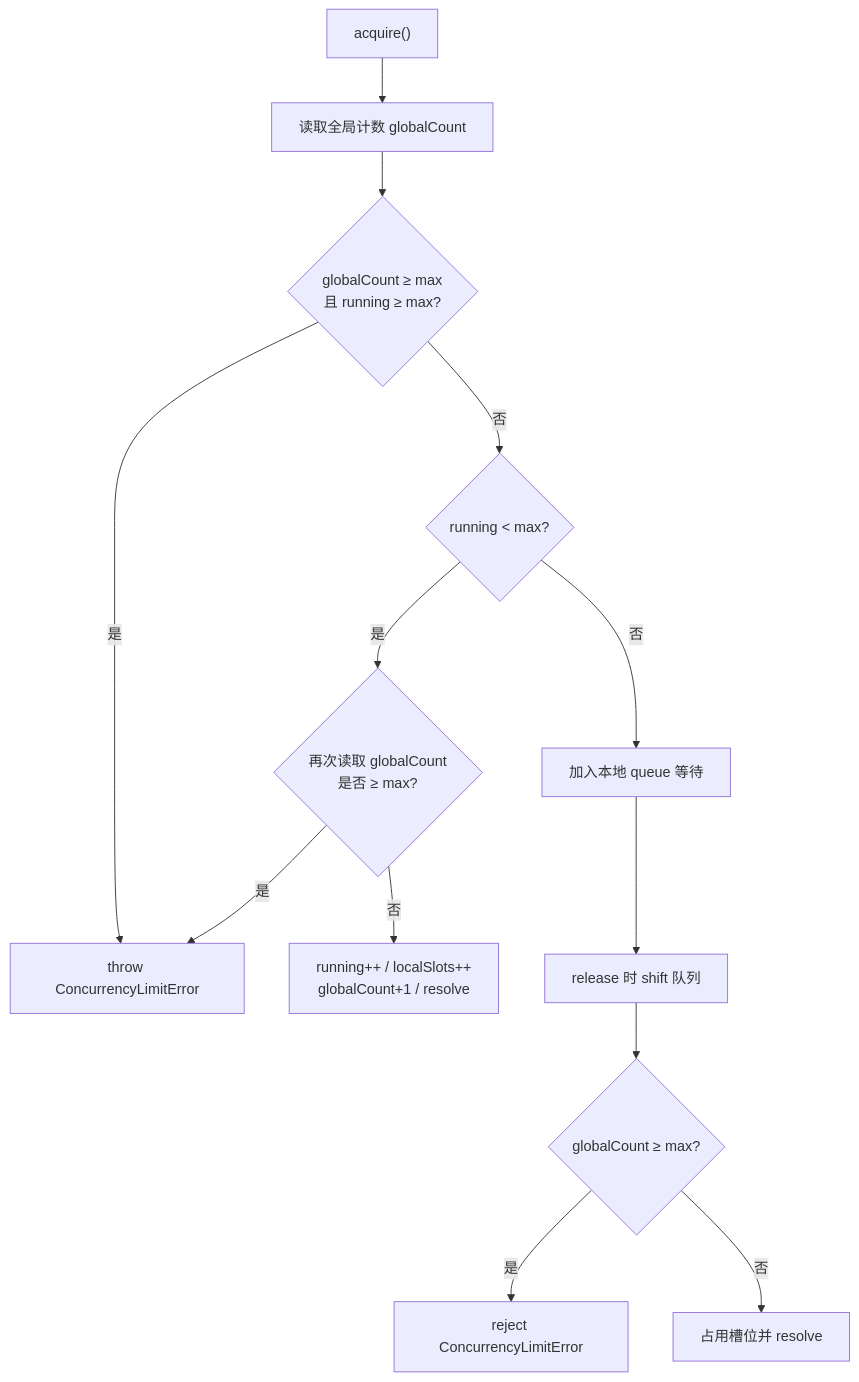
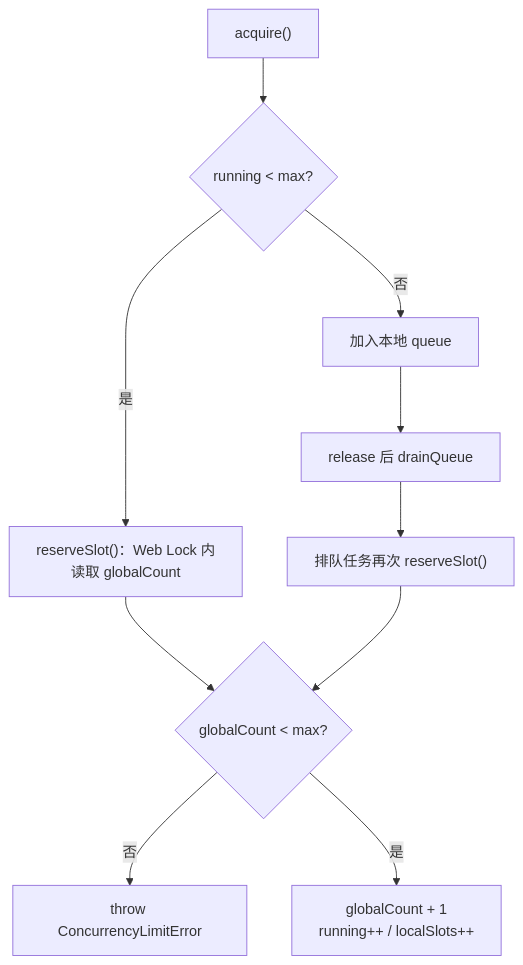
One commit to okouiko/pluginmarket changed the first of 2 diagrams in docs/code-wiki/05-ai-subsystem.md. Above: the diagram before and after it, drawn with Mermaid. The commit also changed other lines of this file and 49 other files, not shown here.

````diff
--- a/docs/code-wiki/05-ai-subsystem.md
+++ b/docs/code-wiki/05-ai-subsystem.md
@@ -66,15 +75,12 @@
 ```mermaid
 flowchart TD
-    A["acquire()"] --> B["读取全局计数 globalCount"]
-    B --> C{"globalCount ≥ max<br/>且 running ≥ max?"}
-    C -->|是| D["throw ConcurrencyLimitError"]
-    C -->|否| E{"running < max?"}
-    E -->|是| F{"再次读取 globalCount<br/>是否 ≥ max?"}
-    F -->|是| D
-    F -->|否| G["running++ / localSlots++<br/>globalCount+1 / resolve"]
-    E -->|否| H["加入本地 queue 等待"]
-    H --> I["release 时 shift 队列"]
-    I --> J{"globalCount ≥ max?"}
-    J -->|是| K["reject ConcurrencyLimitError"]
-    J -->|否| L["占用槽位并 resolve"]
+    A["acquire()"] --> B{"running < max?"}
+    B -->|是| C["reserveSlot()：Web Lock 内<br/>读取 globalCount"]
+    C --> D{"globalCount < max?"}
+    D -->|否| E["throw ConcurrencyLimitError"]
+    D -->|是| F["globalCount + 1<br/>running++ / localSlots++"]
+    B -->|否| G["加入本地 queue"]
+    G --> H["release 后 drainQueue"]
+    H --> I["排队任务再次 reserveSlot()"]
+    I --> D
 ```
````
